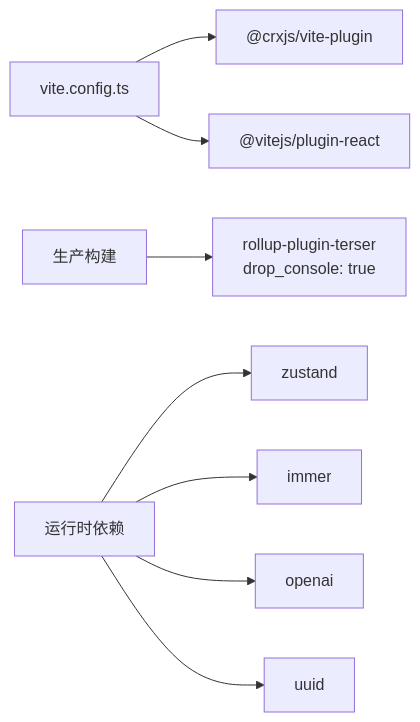
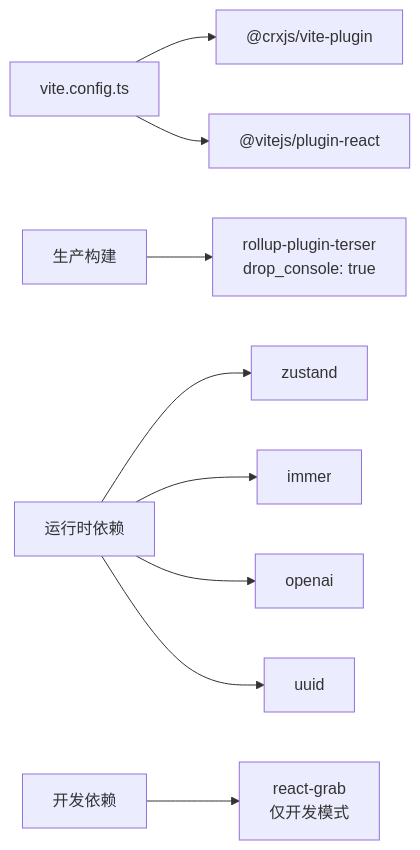
The sixth of 6 diagrams in .qoder/repowiki/zh/content/开发指南/调试技巧与开发工具.md (RadiumAg/bilibili-favorites), drawn with Mermaid before and after one commit. The commit also changed other lines of this file and 27 other files, not shown here.

````diff
--- a/.qoder/repowiki/zh/content/开发指南/调试技巧与开发工具.md
+++ b/.qoder/repowiki/zh/content/开发指南/调试技巧与开发工具.md
@@ -320,10 +398,11 @@
 ```mermaid
 graph LR
 Vite["vite.config.ts"] --> CRX["@crxjs/vite-plugin"]
 Vite --> React["@vitejs/plugin-react"]
 Build["生产构建"] --> Terser["rollup-plugin-terser<br/>drop_console: true"]
 Runtime["运行时依赖"] --> Zustand["zustand"]
 Runtime --> Immer["immer"]
 Runtime --> OpenAI["openai"]
 Runtime --> UUID["uuid"]
+Dev["开发依赖"] --> ReactGrab["react-grab<br/>仅开发模式"]
 ```
````
